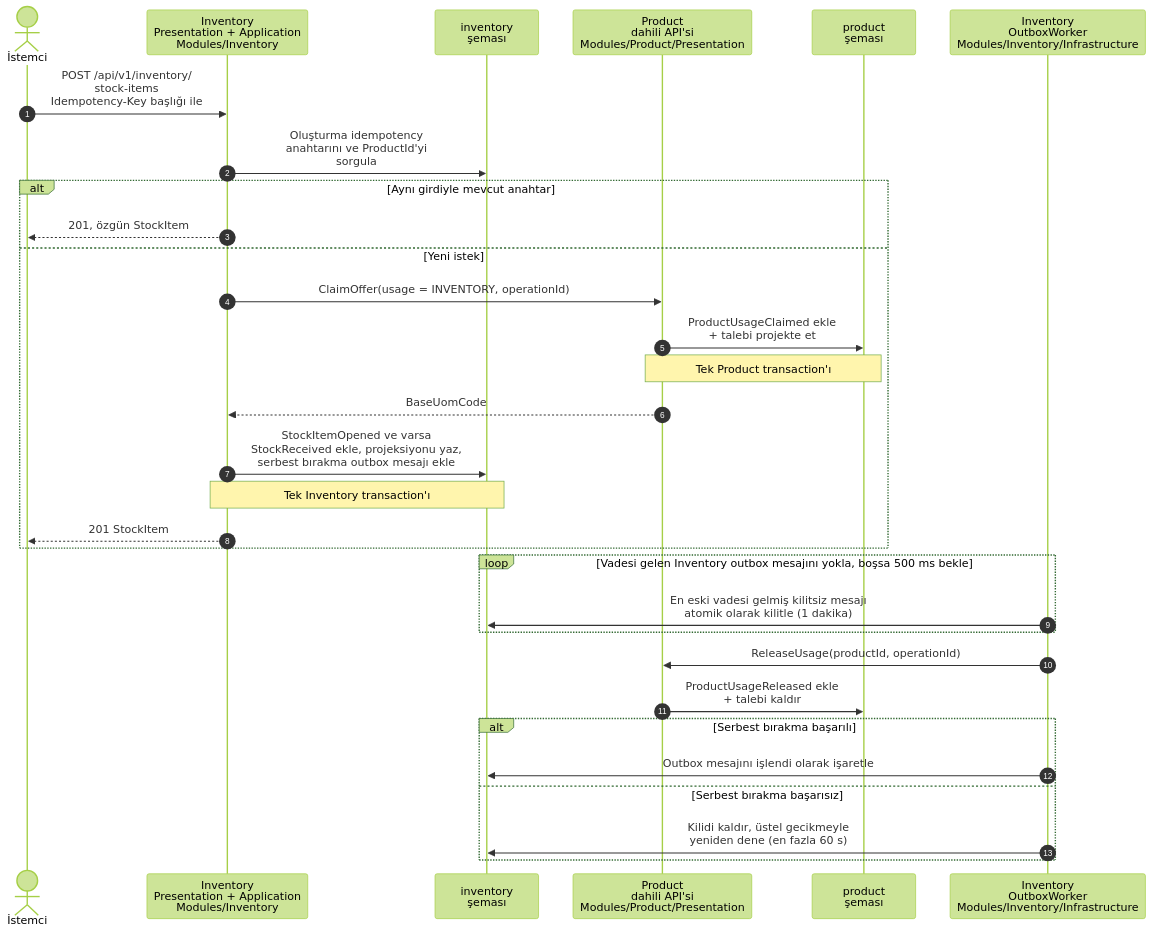
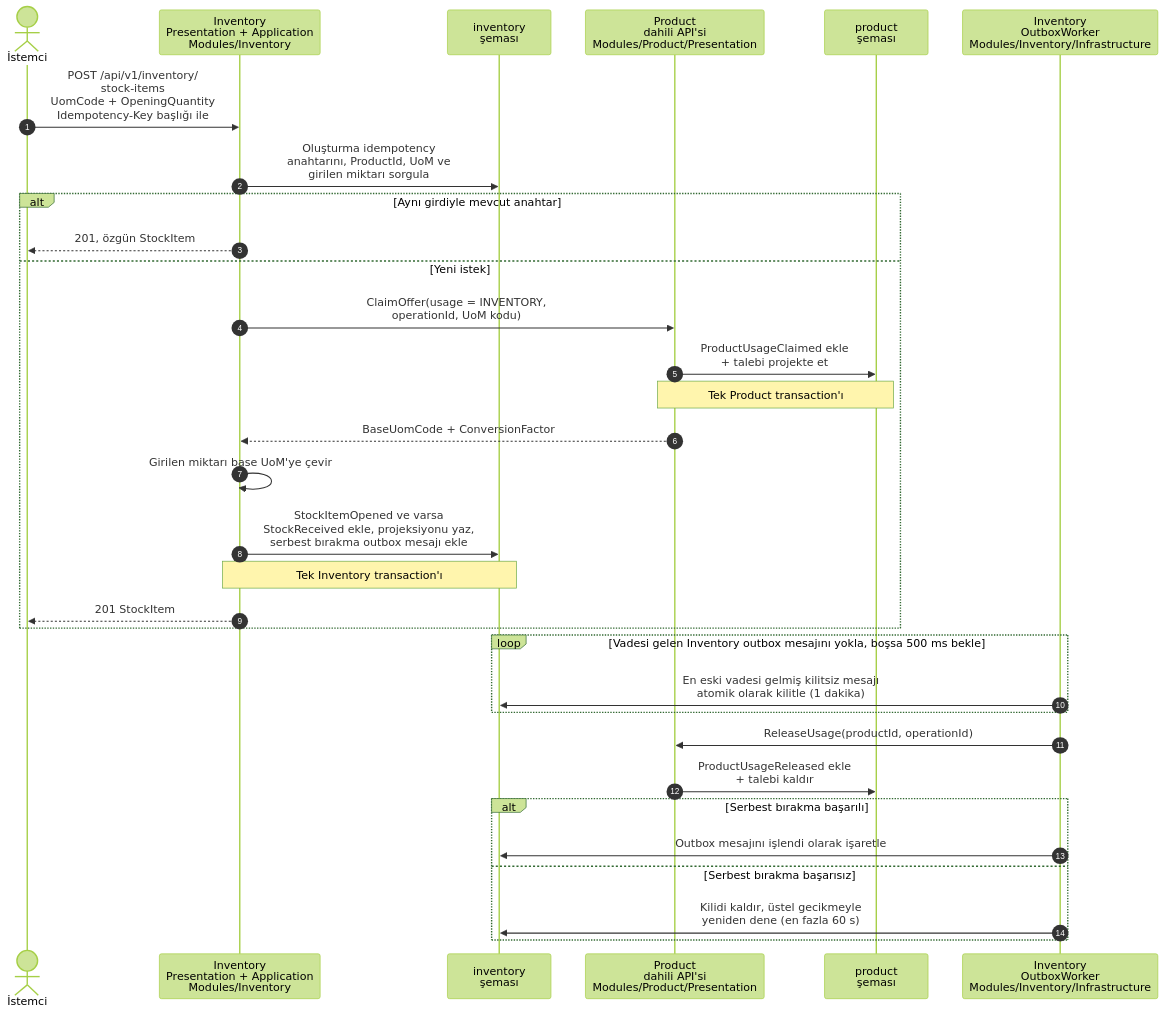
Before and after one commit to abdullahpazarbasi/rudoger: the seventh of 10 diagrams in docs/architecture/ARCHITECTURE.md, drawn with Mermaid (forest theme). The commit also changed other lines of this file and 150 other files, not shown here.

````diff
--- a/docs/architecture/ARCHITECTURE.md
+++ b/docs/architecture/ARCHITECTURE.md
@@ -269,35 +271,36 @@
 ```mermaid
 sequenceDiagram
     autonumber
     actor Client as İstemci
     participant Inventory as Inventory<br/>Presentation + Application<br/>Modules/Inventory
     participant InventoryDb as inventory<br/>şeması
     participant Product as Product<br/>dahili API'si<br/>Modules/Product/Presentation
     participant ProductDb as product<br/>şeması
     participant Worker as Inventory<br/>OutboxWorker<br/>Modules/Inventory/Infrastructure
 
-    Client->>Inventory: POST /api/v1/inventory/<br/>stock-items<br/>Idempotency-Key başlığı ile
-    Inventory->>InventoryDb: Oluşturma idempotency<br/>anahtarını ve ProductId'yi<br/>sorgula
+    Client->>Inventory: POST /api/v1/inventory/<br/>stock-items<br/>UomCode + OpeningQuantity<br/>Idempotency-Key başlığı ile
+    Inventory->>InventoryDb: Oluşturma idempotency<br/>anahtarını, ProductId, UoM ve<br/>girilen miktarı sorgula
     alt Aynı girdiyle mevcut anahtar
         Inventory-->>Client: 201, özgün StockItem
     else Yeni istek
-        Inventory->>Product: ClaimOffer(usage = INVENTORY, operationId)
+        Inventory->>Product: ClaimOffer(usage = INVENTORY,<br/>operationId, UoM kodu)
         Product->>ProductDb: ProductUsageClaimed ekle<br/>+ talebi projekte et
         Note over Product,ProductDb: Tek Product transaction'ı
-        Product-->>Inventory: BaseUomCode
+        Product-->>Inventory: BaseUomCode + ConversionFactor
+        Inventory->>Inventory: Girilen miktarı base UoM'ye çevir
         Inventory->>InventoryDb: StockItemOpened ve varsa<br/>StockReceived ekle, projeksiyonu yaz,<br/>serbest bırakma outbox mesajı ekle
         Note over Inventory,InventoryDb: Tek Inventory transaction'ı
         Inventory-->>Client: 201 StockItem
     end
 
     loop Vadesi gelen Inventory outbox mesajını yokla, boşsa 500 ms bekle
         Worker->>InventoryDb: En eski vadesi gelmiş kilitsiz mesajı<br/>atomik olarak kilitle (1 dakika)
     end
     Worker->>Product: ReleaseUsage(productId, operationId)
     Product->>ProductDb: ProductUsageReleased ekle<br/>+ talebi kaldır
     alt Serbest bırakma başarılı
         Worker->>InventoryDb: Outbox mesajını işlendi olarak işaretle
     else Serbest bırakma başarısız
         Worker->>InventoryDb: Kilidi kaldır, üstel gecikmeyle<br/>yeniden dene (en fazla 60 s)
     end
 ```
````
